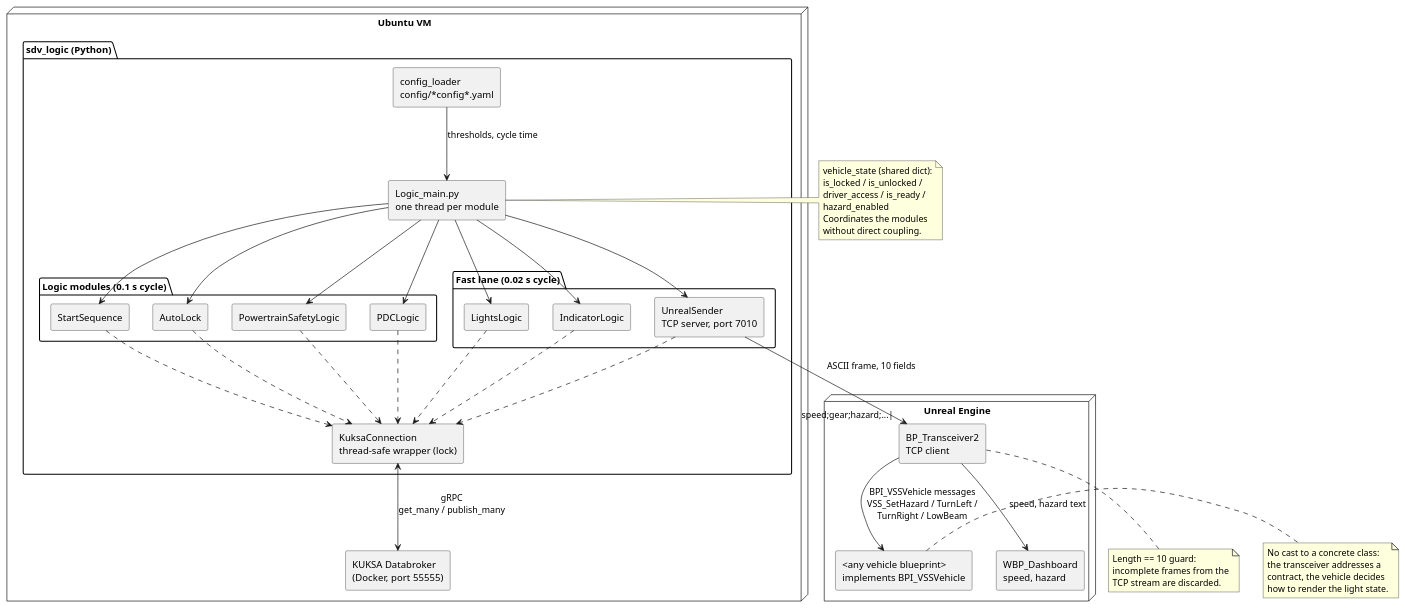
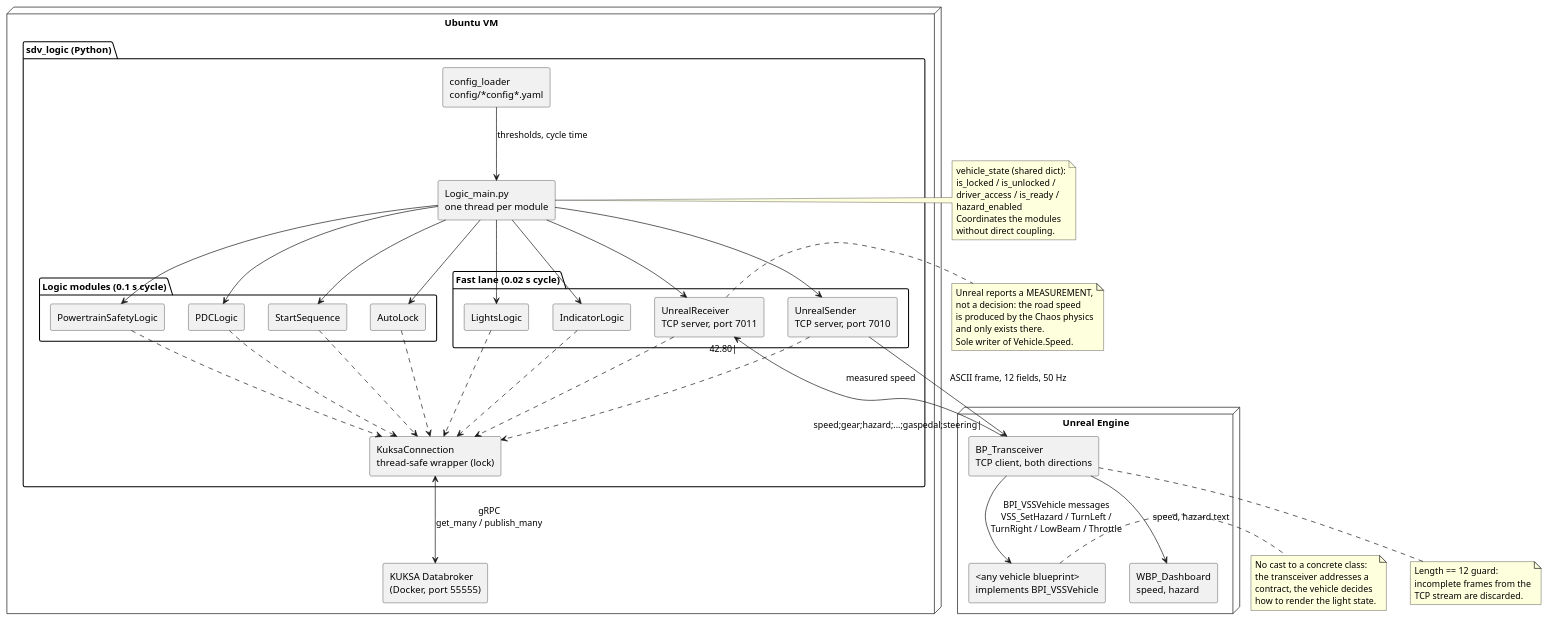
One commit to saskiazie/sdv_logic changed the diagram in docs/architecture_overview.puml. Above: the diagram before and after it, drawn with PlantUML. The commit also changed 1 other file, not shown here.

Commit message:
Update diagrams and documentation

```diff
--- a/docs/architecture_overview.puml
+++ b/docs/architecture_overview.puml
@@ -1,86 +1,98 @@
 @startuml architecture_overview
 ' System architecture of the SDV project.
 ' Answers: which part runs where, and how does data flow?
 ' Rule of the project: ALL logic runs in the VM, Unreal only visualizes.
 
 skinparam defaultFontName sans-serif
 skinparam componentStyle rectangle
 skinparam shadowing false
 
 node "Ubuntu VM" {
 
   component "KUKSA Databroker\n(Docker, port 55555)" as BROKER
 
   package "sdv_logic (Python)" {
     component "Logic_main.py\none thread per module" as MAIN
     component "KuksaConnection\nthread-safe wrapper (lock)" as CONN
 
     package "Logic modules (0.1 s cycle)" as SLOW {
       component "StartSequence" as SS
       component "AutoLock" as AL
       component "PowertrainSafetyLogic" as PS
       component "PDCLogic" as PDC
     }
 
     package "Fast lane (0.02 s cycle)" as FAST {
       component "LightsLogic" as LL
       component "IndicatorLogic" as IL
       component "UnrealSender\nTCP server, port 7010" as US
+      component "UnrealReceiver\nTCP server, port 7011" as UR
     }
 
     component "config_loader\nconfig/*config*.yaml" as CFG
   }
 }
 
 node "Unreal Engine" {
-  component "BP_Transceiver2\nTCP client" as BP
+  component "BP_Transceiver\nTCP client, both directions" as BP
   component "<any vehicle blueprint>\nimplements BPI_VSSVehicle" as CAR
   component "WBP_Dashboard\nspeed, hazard" as HUD
 }
 
 CFG --> MAIN : thresholds, cycle time
 MAIN --> SS
 MAIN --> AL
 MAIN --> PS
 MAIN --> PDC
 MAIN --> LL
 MAIN --> IL
 MAIN --> US
+MAIN --> UR
 
 SS ..> CONN
 AL ..> CONN
 PS ..> CONN
 PDC ..> CONN
 LL ..> CONN
 IL ..> CONN
 US ..> CONN
+UR ..> CONN
 
 CONN <--> BROKER : gRPC\nget_many / publish_many
 
-US --> BP : ASCII frame, 10 fields\n"speed;gear;hazard;...|"
-BP --> CAR : BPI_VSSVehicle messages\nVSS_SetHazard / TurnLeft /\nTurnRight / LowBeam
+US --> BP : ASCII frame, 12 fields, 50 Hz\n"speed;gear;hazard;...;gaspedal;steering|"
+BP --> UR : measured speed\n"42.80|"
+BP --> CAR : BPI_VSSVehicle messages\nVSS_SetHazard / TurnLeft /\nTurnRight / LowBeam / Throttle
 BP --> HUD : speed, hazard text
 
 note right of MAIN
   vehicle_state (shared dict):
   is_locked / is_unlocked /
   driver_access / is_ready /
   hazard_enabled
   Coordinates the modules
   without direct coupling.
 end note
 
 note bottom of BP
-  Length == 10 guard:
+  Length == 12 guard:
   incomplete frames from the
   TCP stream are discarded.
+end note
+
+note right of UR
+  Unreal reports a MEASUREMENT,
+  not a decision: the road speed
+  is produced by the Chaos physics
+  and only exists there.
+  Sole writer of Vehicle.Speed.
 end note
 
 note right of CAR
   No cast to a concrete class:
   the transceiver addresses a
   contract, the vehicle decides
   how to render the light state.
 end note
 
 @enduml
```
